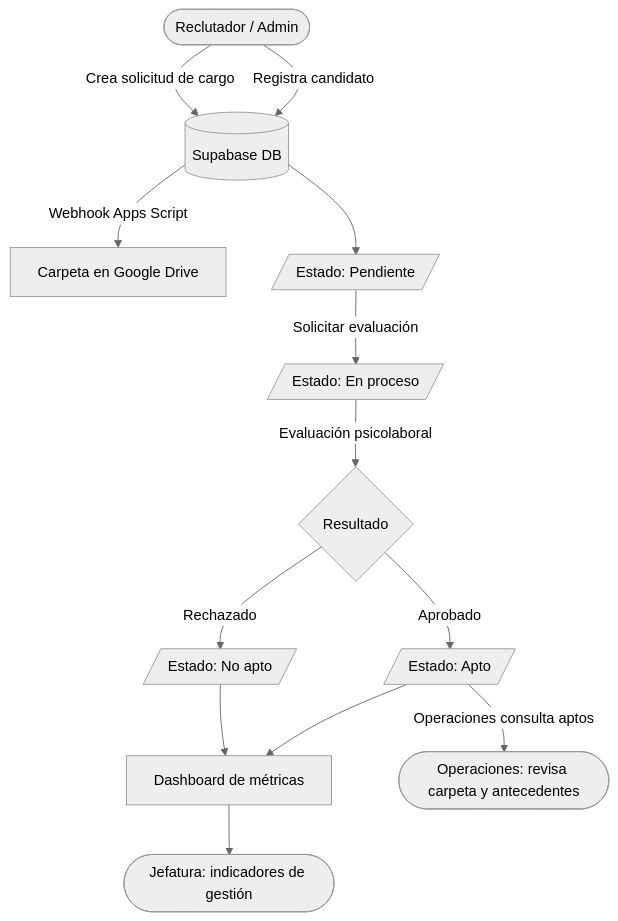
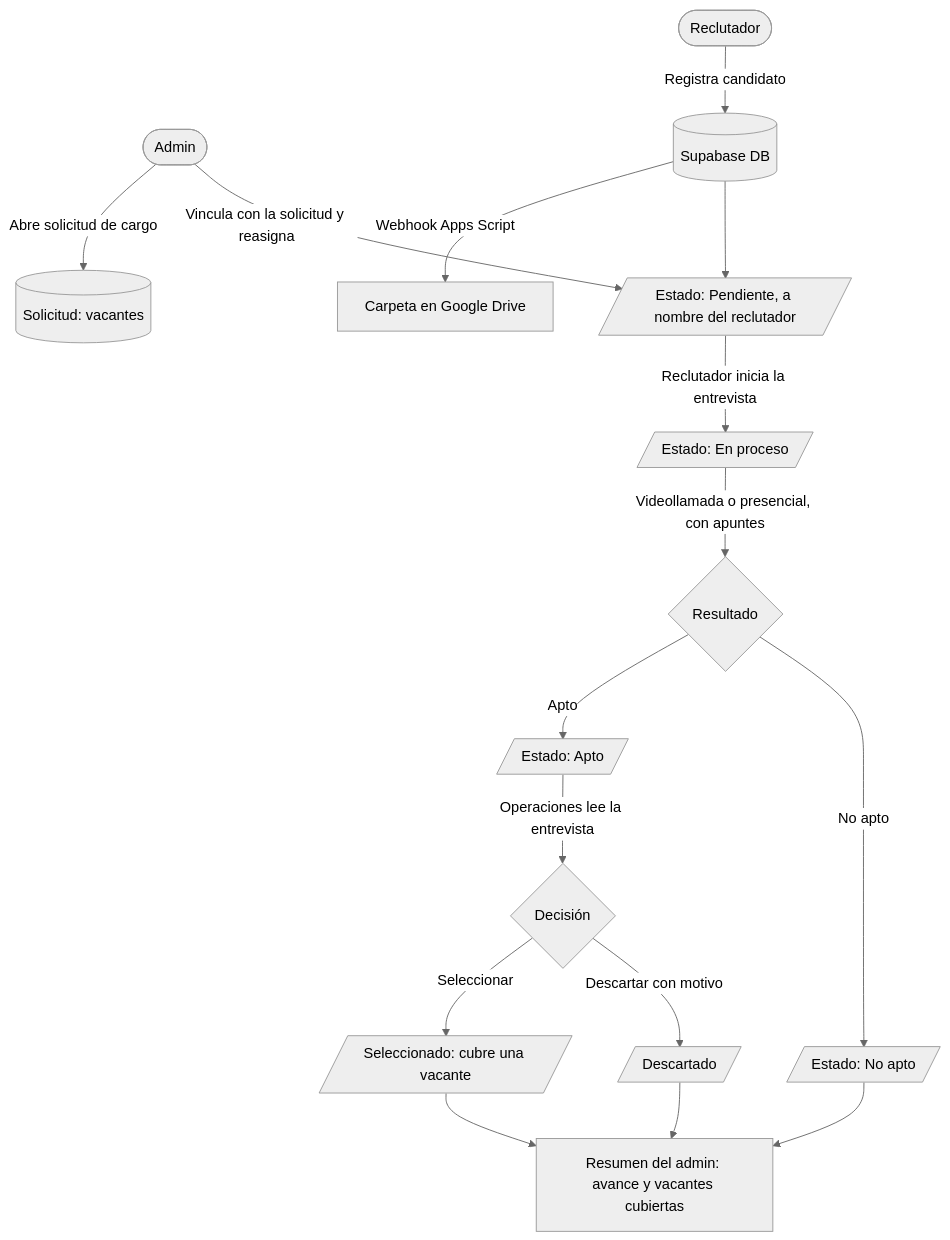
The diagram in frontend/README.md (donMixho/AquaChile), drawn with Mermaid (neutral theme) before and after one commit. The commit also changed other lines of this file and 61 other files, not shown here.

Commit message:
feat: nuevas pantallas de admin, operaciones y reclutador

````diff
--- a/frontend/README.md
+++ b/frontend/README.md
@@ -217,15 +376,18 @@
 ```mermaid
 flowchart TD
-    A([Reclutador / Admin]) -->|Registra candidato| B[(Supabase DB)]
-    A -->|Crea solicitud de cargo| B
+    Z([Admin]) -->|Abre solicitud de cargo| S[(Solicitud: vacantes)]
+    A([Reclutador]) -->|Registra candidato| B[(Supabase DB)]
     B -->|Webhook Apps Script| C[Carpeta en Google Drive]
-    B --> D[/Estado: Pendiente/]
-    D -->|Solicitar evaluación| E[/Estado: En proceso/]
-    E -->|Evaluación psicolaboral| F{Resultado}
-    F -->|Aprobado| G[/Estado: Apto/]
-    F -->|Rechazado| H[/Estado: No apto/]
-    G --> I[Dashboard de métricas]
+    B --> D[/Estado: Pendiente, a nombre del reclutador/]
+    Z -->|Vincula con la solicitud y reasigna| D
+    D -->|Reclutador inicia la entrevista| E[/Estado: En proceso/]
+    E -->|Videollamada o presencial, con apuntes| F{Resultado}
+    F -->|Apto| G[/Estado: Apto/]
+    F -->|No apto| H[/Estado: No apto/]
+    G -->|Operaciones lee la entrevista| J{Decisión}
+    J -->|Seleccionar| K[/Seleccionado: cubre una vacante/]
+    J -->|Descartar con motivo| L[/Descartado/]
+    K --> I[Resumen del admin: avance y vacantes cubiertas]
     H --> I
-    G -->|Operaciones consulta aptos| J([Operaciones: revisa carpeta y antecedentes])
-    I --> K([Jefatura: indicadores de gestión])
+    L --> I
 ```
````
